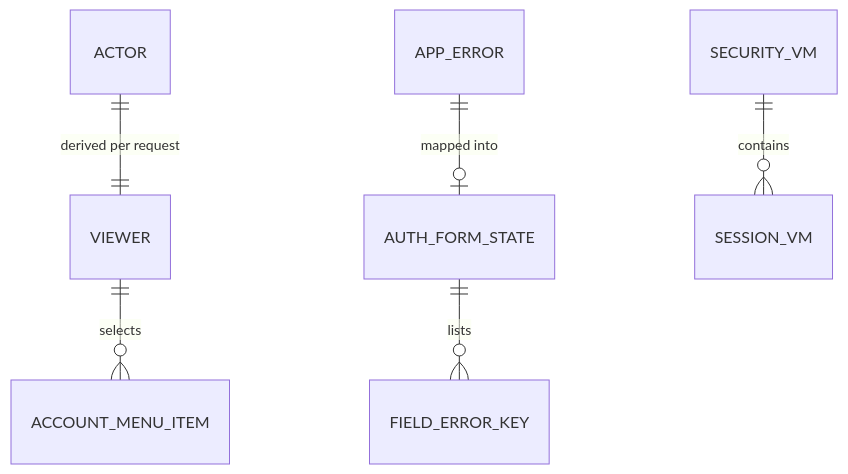
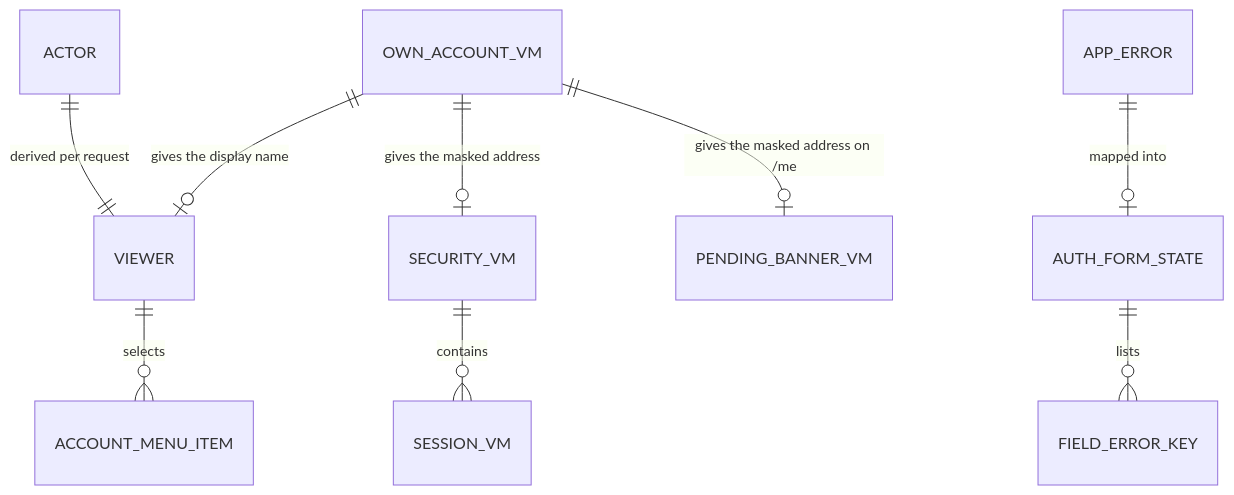
Before and after one commit to Md-Alamin-BS/RogiKotha: the fourth of 4 diagrams in docs/aidlc-migration/design-drafts/t-102-patient-auth-screens/functional-spec.md, drawn with Mermaid. The commit also changed other lines of this file and 133 other files, not shown here.

````diff
--- a/docs/aidlc-migration/design-drafts/t-102-patient-auth-screens/functional-spec.md
+++ b/docs/aidlc-migration/design-drafts/t-102-patient-auth-screens/functional-spec.md
@@ -403,8 +492,11 @@
 ```mermaid
 erDiagram
     ACTOR ||--|| VIEWER : "derived per request"
+    OWN_ACCOUNT_VM ||--o| VIEWER : "gives the display name"
+    OWN_ACCOUNT_VM ||--o| SECURITY_VM : "gives the masked address"
+    OWN_ACCOUNT_VM ||--o| PENDING_BANNER_VM : "gives the masked address on /me"
     VIEWER ||--o{ ACCOUNT_MENU_ITEM : "selects"
     APP_ERROR ||--o| AUTH_FORM_STATE : "mapped into"
     AUTH_FORM_STATE ||--o{ FIELD_ERROR_KEY : "lists"
     SECURITY_VM ||--o{ SESSION_VM : "contains"
 ```
````
